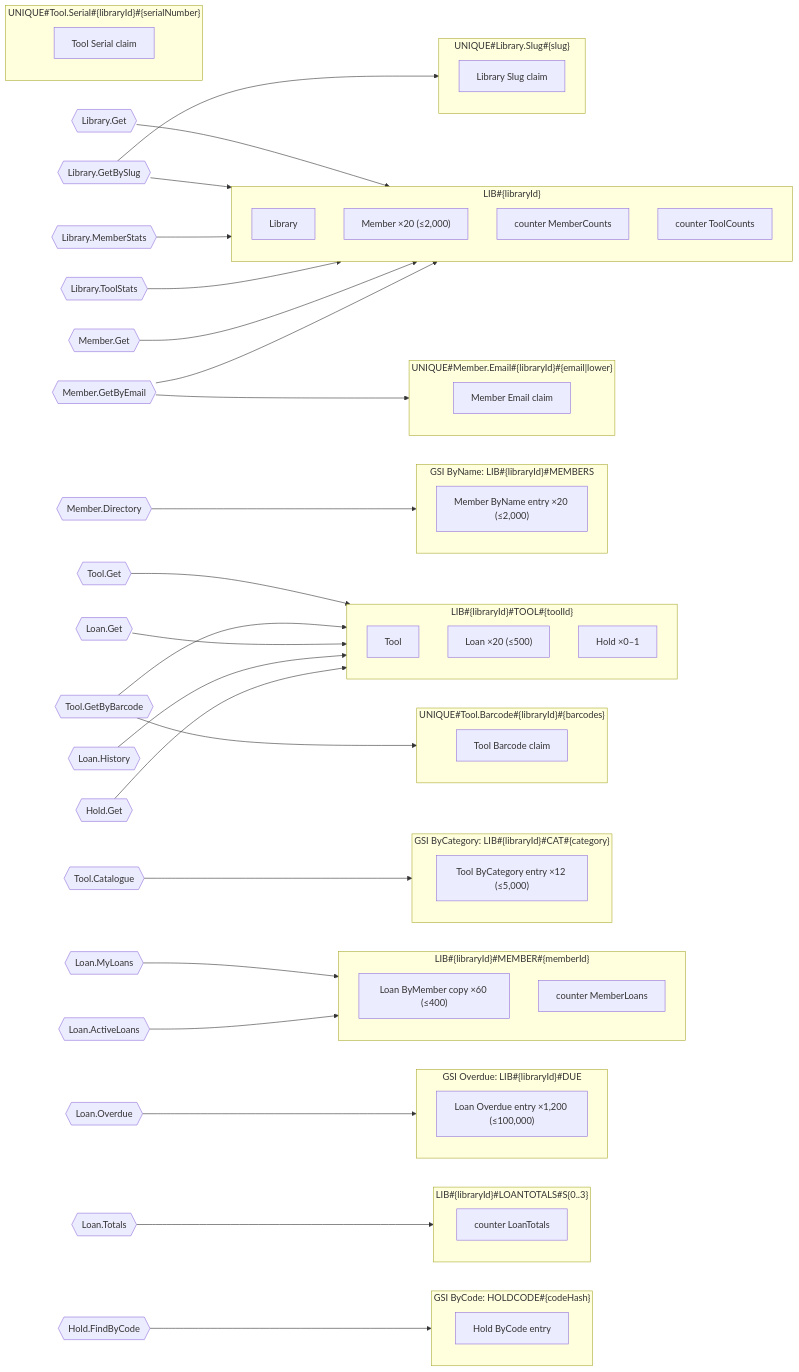
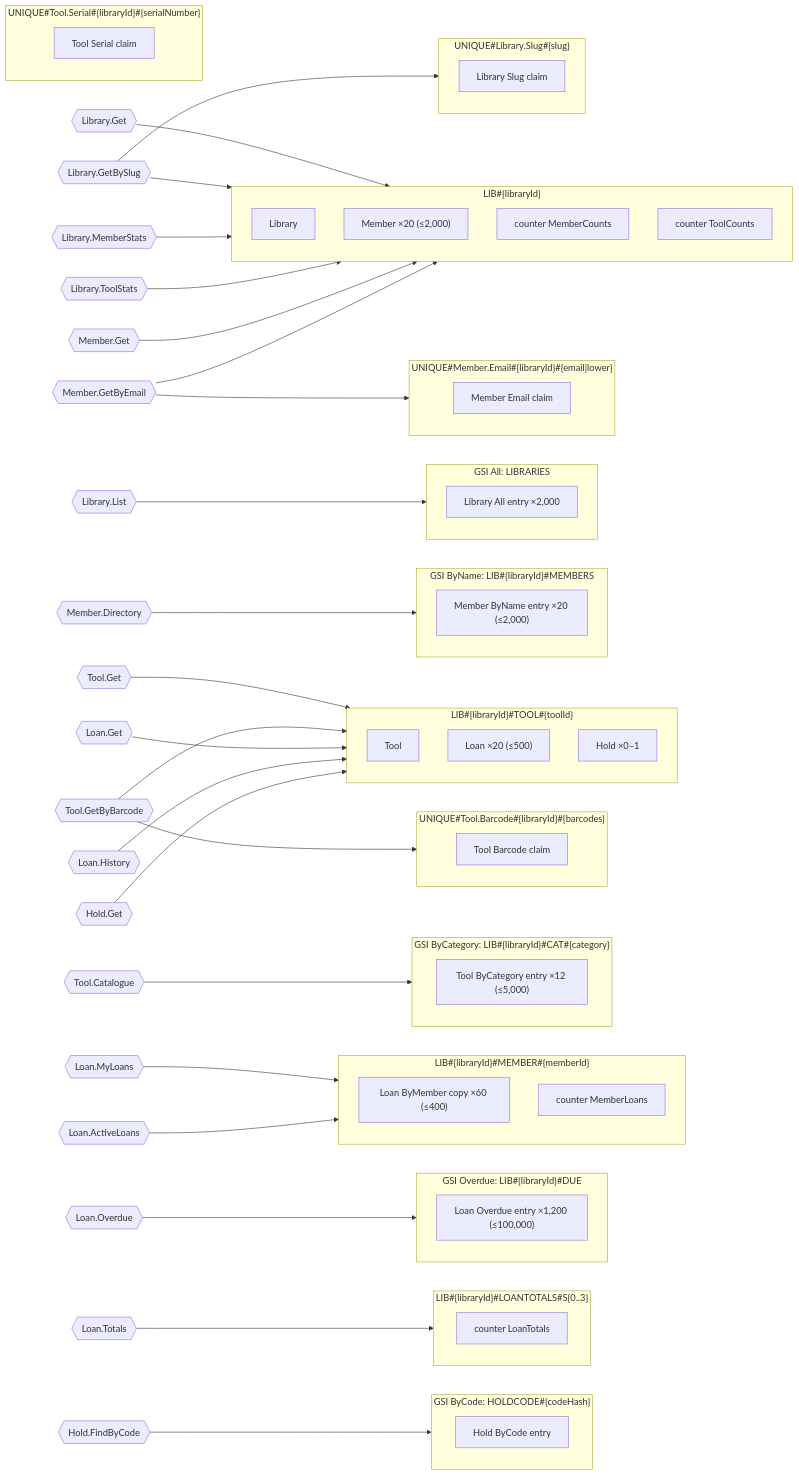
The sixth of 11 diagrams in examples/toollibrary/toollibrary.model.md (nicklanng/dynago), drawn with Mermaid before and after one commit. The commit also changed other lines of this file and 41 other files, not shown here.

````diff
--- a/examples/toollibrary/toollibrary.model.md
+++ b/examples/toollibrary/toollibrary.model.md
@@ -228,63 +232,67 @@
 ```mermaid
 flowchart LR
   subgraph p0["LIB#35;{libraryId}"]
     p0m0["Library"]
     p0m1["Member ×20 (≤2,000)"]
     p0m2["counter MemberCounts"]
     p0m3["counter ToolCounts"]
   end
-  subgraph p1["UNIQUE#35;Library.Slug#35;{slug}"]
-    p1m0["Library Slug claim"]
+  subgraph p1["GSI All: LIBRARIES"]
+    p1m0["Library All entry ×2,000"]
   end
-  subgraph p2["GSI ByName: LIB#35;{libraryId}#35;MEMBERS"]
-    p2m0["Member ByName entry ×20 (≤2,000)"]
+  subgraph p2["UNIQUE#35;Library.Slug#35;{slug}"]
+    p2m0["Library Slug claim"]
   end
-  subgraph p3["UNIQUE#35;Member.Email#35;{libraryId}#35;{email|lower}"]
-    p3m0["Member Email claim"]
+  subgraph p3["GSI ByName: LIB#35;{libraryId}#35;MEMBERS"]
+    p3m0["Member ByName entry ×20 (≤2,000)"]
   end
-  subgraph p4["LIB#35;{libraryId}#35;TOOL#35;{toolId}"]
-    p4m0["Tool"]
-    p4m1["Loan ×20 (≤500)"]
-    p4m2["Hold ×0–1"]
+  subgraph p4["UNIQUE#35;Member.Email#35;{libraryId}#35;{email|lower}"]
+    p4m0["Member Email claim"]
   end
-  subgraph p5["GSI ByCategory: LIB#35;{libraryId}#35;CAT#35;{category}"]
-    p5m0["Tool ByCategory entry ×12 (≤5,000)"]
+  subgraph p5["LIB#35;{libraryId}#35;TOOL#35;{toolId}"]
+    p5m0["Tool"]
+    p5m1["Loan ×20 (≤500)"]
+    p5m2["Hold ×0–1"]
   end
-  subgraph p6["UNIQUE#35;Tool.Serial#35;{libraryId}#35;{serialNumber}"]
-    p6m0["Tool Serial claim"]
+  subgraph p6["GSI ByCategory: LIB#35;{libraryId}#35;CAT#35;{category}"]
+    p6m0["Tool ByCategory entry ×12 (≤5,000)"]
   end
-  subgraph p7["UNIQUE#35;Tool.Barcode#35;{libraryId}#35;{barcodes}"]
-    p7m0["Tool Barcode claim"]
+  subgraph p7["UNIQUE#35;Tool.Serial#35;{libraryId}#35;{serialNumber}"]
+    p7m0["Tool Serial claim"]
   end
-  subgraph p8["LIB#35;{libraryId}#35;MEMBER#35;{memberId}"]
-    p8m0["Loan ByMember copy ×60 (≤400)"]
-    p8m1["counter MemberLoans"]
+  subgraph p8["UNIQUE#35;Tool.Barcode#35;{libraryId}#35;{barcodes}"]
+    p8m0["Tool Barcode claim"]
   end
-  subgraph p9["GSI Overdue: LIB#35;{libraryId}#35;DUE"]
-    p9m0["Loan Overdue entry ×1,200 (≤100,000)"]
+  subgraph p9["LIB#35;{libraryId}#35;MEMBER#35;{memberId}"]
+    p9m0["Loan ByMember copy ×60 (≤400)"]
+    p9m1["counter MemberLoans"]
   end
-  subgraph p10["LIB#35;{libraryId}#35;LOANTOTALS#35;S{0..3}"]
-    p10m0["counter LoanTotals"]
+  subgraph p10["GSI Overdue: LIB#35;{libraryId}#35;DUE"]
+    p10m0["Loan Overdue entry ×1,200 (≤100,000)"]
   end
-  subgraph p11["GSI ByCode: HOLDCODE#35;{codeHash}"]
-    p11m0["Hold ByCode entry"]
+  subgraph p11["LIB#35;{libraryId}#35;LOANTOTALS#35;S{0..3}"]
+    p11m0["counter LoanTotals"]
+  end
+  subgraph p12["GSI ByCode: HOLDCODE#35;{codeHash}"]
+    p12m0["Hold ByCode entry"]
   end
   r_Library_Get{{"Library.Get"}} --> p0
-  r_Library_GetBySlug{{"Library.GetBySlug"}} --> p1 & p0
+  r_Library_GetBySlug{{"Library.GetBySlug"}} --> p2 & p0
   r_Library_MemberStats{{"Library.MemberStats"}} --> p0
   r_Library_ToolStats{{"Library.ToolStats"}} --> p0
+  r_Library_List{{"Library.List"}} --> p1
   r_Member_Get{{"Member.Get"}} --> p0
-  r_Member_GetByEmail{{"Member.GetByEmail"}} --> p3 & p0
-  r_Member_Directory{{"Member.Directory"}} --> p2
-  r_Tool_Get{{"Tool.Get"}} --> p4
-  r_Tool_Catalogue{{"Tool.Catalogue"}} --> p5
-  r_Tool_GetByBarcode{{"Tool.GetByBarcode"}} --> p7 & p4
-  r_Loan_Get{{"Loan.Get"}} --> p4
-  r_Loan_History{{"Loan.History"}} --> p4
-  r_Loan_MyLoans{{"Loan.MyLoans"}} --> p8
-  r_Loan_Overdue{{"Loan.Overdue"}} --> p9
-  r_Loan_ActiveLoans{{"Loan.ActiveLoans"}} --> p8
-  r_Loan_Totals{{"Loan.Totals"}} --> p10
-  r_Hold_Get{{"Hold.Get"}} --> p4
-  r_Hold_FindByCode{{"Hold.FindByCode"}} --> p11
+  r_Member_GetByEmail{{"Member.GetByEmail"}} --> p4 & p0
+  r_Member_Directory{{"Member.Directory"}} --> p3
+  r_Tool_Get{{"Tool.Get"}} --> p5
+  r_Tool_Catalogue{{"Tool.Catalogue"}} --> p6
+  r_Tool_GetByBarcode{{"Tool.GetByBarcode"}} --> p8 & p5
+  r_Loan_Get{{"Loan.Get"}} --> p5
+  r_Loan_History{{"Loan.History"}} --> p5
+  r_Loan_MyLoans{{"Loan.MyLoans"}} --> p9
+  r_Loan_Overdue{{"Loan.Overdue"}} --> p10
+  r_Loan_ActiveLoans{{"Loan.ActiveLoans"}} --> p9
+  r_Loan_Totals{{"Loan.Totals"}} --> p11
+  r_Hold_Get{{"Hold.Get"}} --> p5
+  r_Hold_FindByCode{{"Hold.FindByCode"}} --> p12
 ```
````
